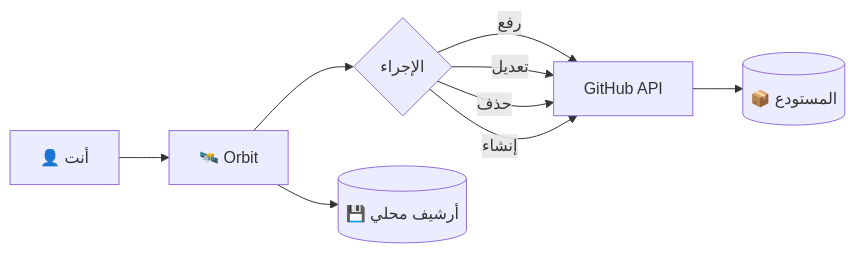
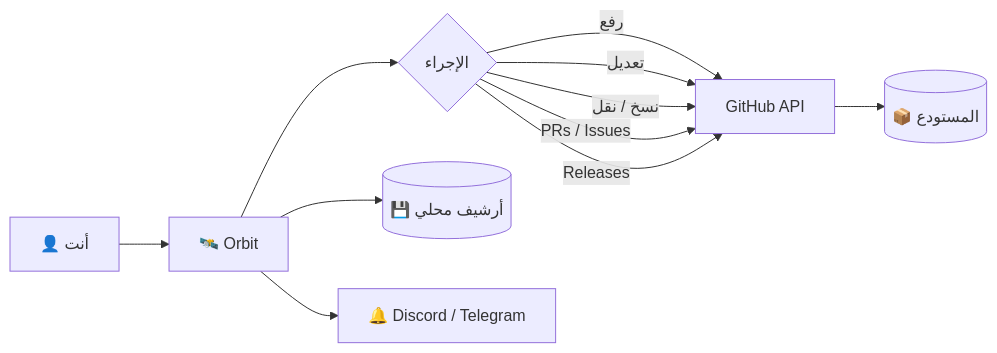
One commit to T7-T7/BOT-STEAM changed the diagram in Orbit/README.md. Above: the diagram before and after it, drawn with Mermaid. The commit also changed other lines of this file, not shown here.

````diff
--- a/Orbit/README.md
+++ b/Orbit/README.md
@@ -39,11 +40,13 @@
 ```mermaid
 graph LR
     A[👤 أنت] --> B[🛰️ Orbit]
     B --> C{الإجراء}
     C -->|رفع| D[GitHub API]
     C -->|تعديل| D
-    C -->|حذف| D
-    C -->|إنشاء| D
+    C -->|نسخ / نقل| D
+    C -->|PRs / Issues| D
+    C -->|Releases| D
     D --> E[(📦 المستودع)]
     B --> F[(💾 أرشيف محلي)]
+    B --> G[🔔 Discord / Telegram]
 ```
````
